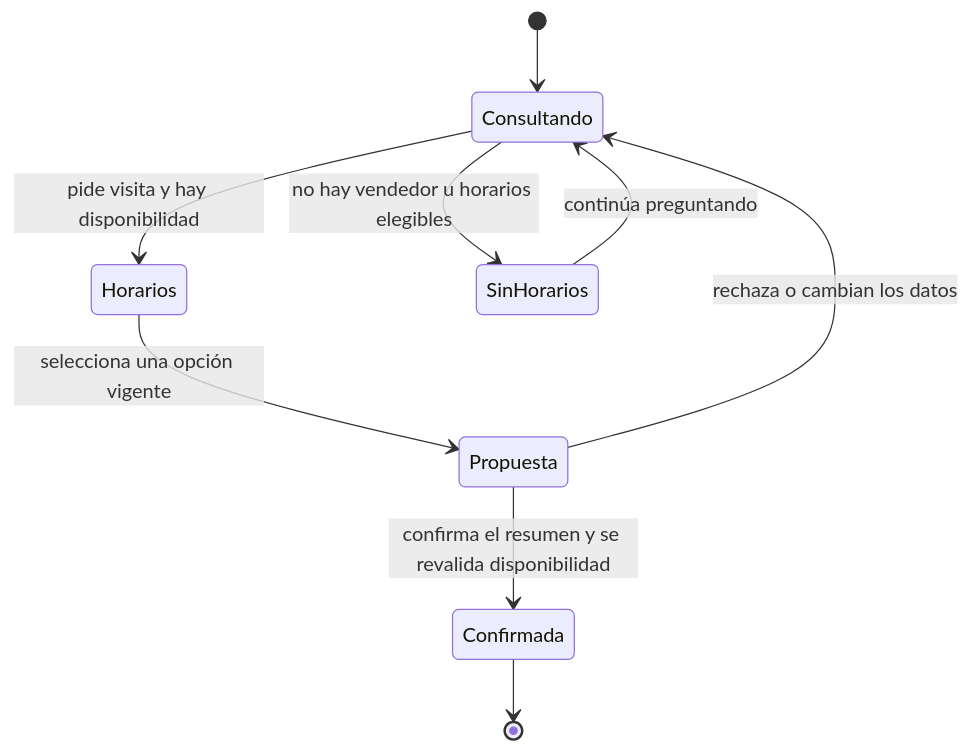
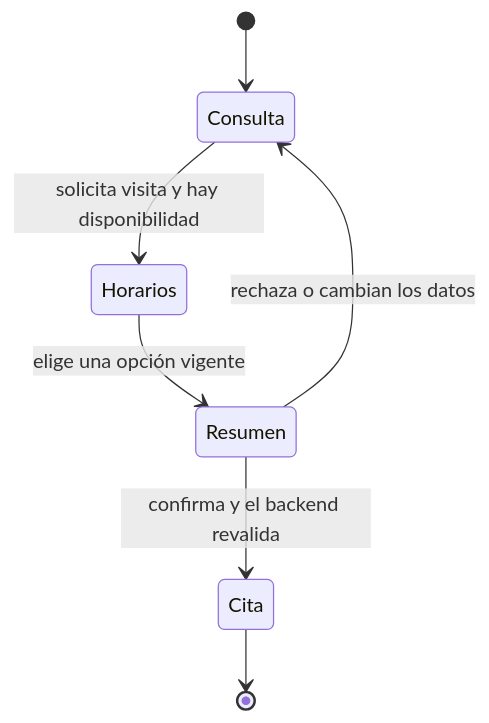
The second of 2 diagrams in docs/sales-agent/README.md (BlackPenguinAI/BlackPenguin), drawn with Mermaid before and after one commit. The commit also changed other lines of this file and 31 other files, not shown here.

````diff
--- a/docs/sales-agent/README.md
+++ b/docs/sales-agent/README.md
@@ -51,11 +48,9 @@
 ```mermaid
 stateDiagram-v2
-    [*] --> Consultando
-    Consultando --> Horarios: pide visita y hay disponibilidad
-    Consultando --> SinHorarios: no hay vendedor u horarios elegibles
-    Horarios --> Propuesta: selecciona una opción vigente
-    Propuesta --> Confirmada: confirma el resumen y se revalida disponibilidad
-    Propuesta --> Consultando: rechaza o cambian los datos
-    SinHorarios --> Consultando: continúa preguntando
-    Confirmada --> [*]
+    [*] --> Consulta
+    Consulta --> Horarios: solicita visita y hay disponibilidad
+    Horarios --> Resumen: elige una opción vigente
+    Resumen --> Cita: confirma y el backend revalida
+    Resumen --> Consulta: rechaza o cambian los datos
+    Cita --> [*]
 ```
````
